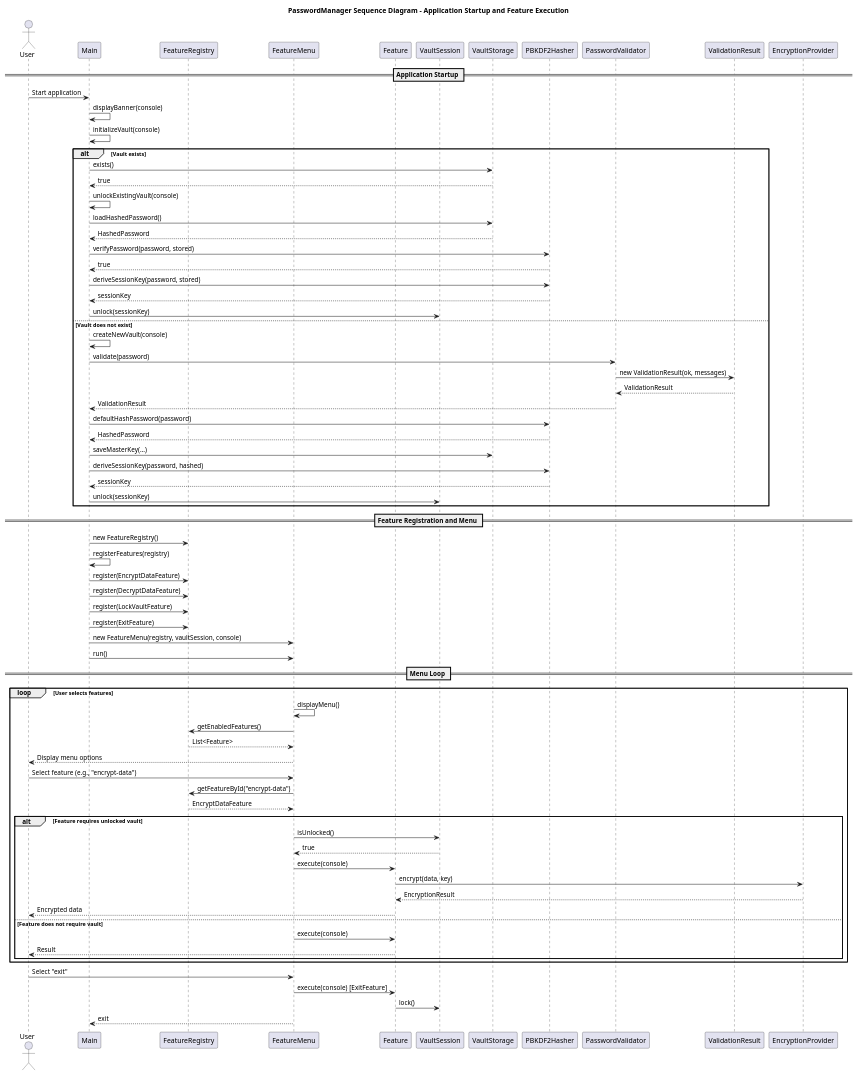
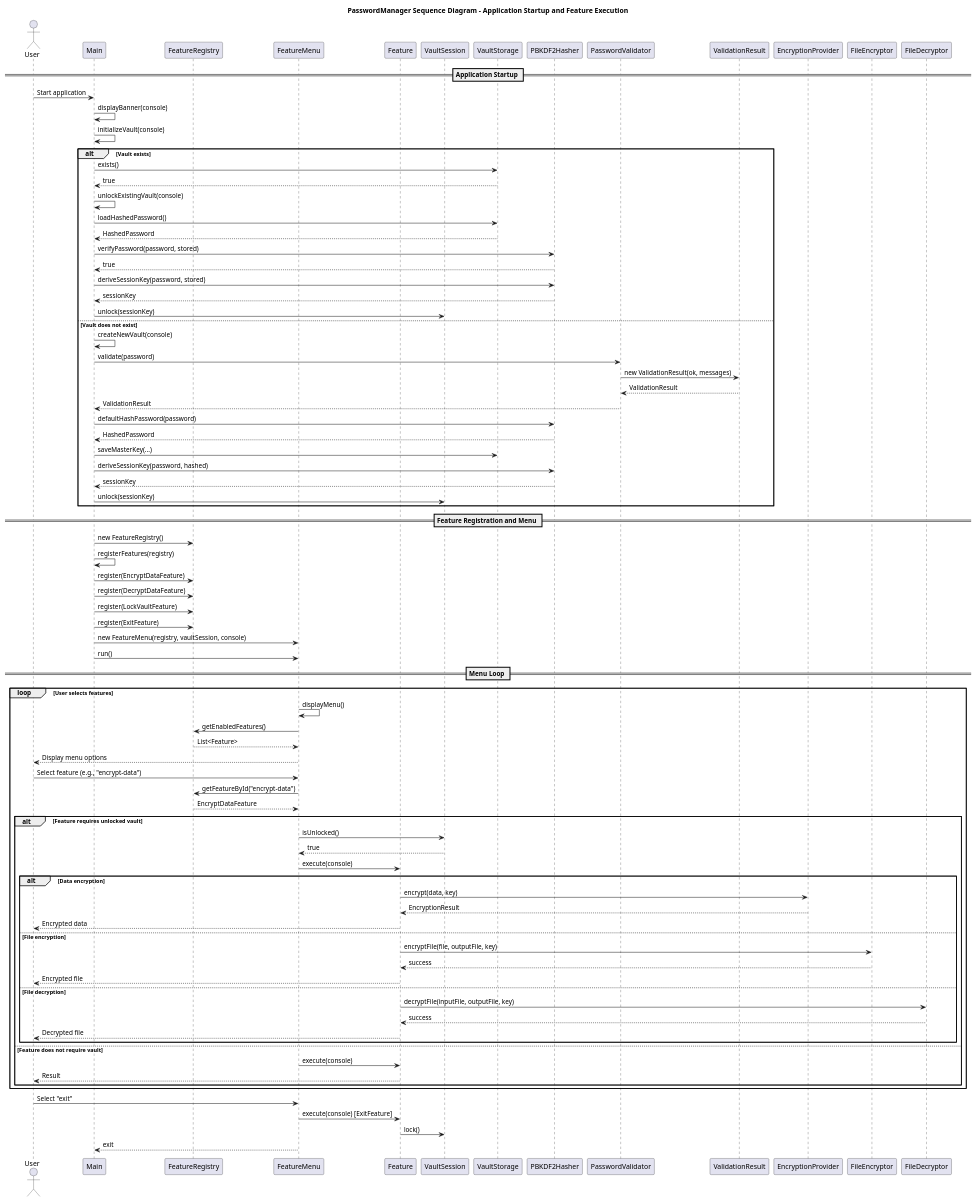
The diagram in documentation/UML diagrams/Sequence diagram.plantuml (Othmaneelmo/PasswordManager), drawn with PlantUML before and after one commit.

Commit message:
update Sequence diagram

```diff
--- a/documentation/UML diagrams/Sequence diagram.plantuml
+++ b/documentation/UML diagrams/Sequence diagram.plantuml
@@ -1,87 +1,97 @@
 @startuml Sequence Diagram
 
 title PasswordManager Sequence Diagram - Application Startup and Feature Execution
 
 actor User
 participant Main
 participant FeatureRegistry
 participant FeatureMenu
 participant Feature
 participant VaultSession
 participant VaultStorage
 participant PBKDF2Hasher
 participant PasswordValidator
 participant ValidationResult
 participant EncryptionProvider
 
 == Application Startup ==
 User -> Main: Start application
 Main -> Main: displayBanner(console)
 Main -> Main: initializeVault(console)
 
 alt Vault exists
     Main -> VaultStorage: exists()
     VaultStorage --> Main: true
     Main -> Main: unlockExistingVault(console)
     Main -> VaultStorage: loadHashedPassword()
     VaultStorage --> Main: HashedPassword
     Main -> PBKDF2Hasher: verifyPassword(password, stored)
     PBKDF2Hasher --> Main: true
     Main -> PBKDF2Hasher: deriveSessionKey(password, stored)
     PBKDF2Hasher --> Main: sessionKey
     Main -> VaultSession: unlock(sessionKey)
 else Vault does not exist
     Main -> Main: createNewVault(console)
     Main -> PasswordValidator: validate(password)
     PasswordValidator -> ValidationResult: new ValidationResult(ok, messages)
     ValidationResult --> PasswordValidator: ValidationResult
     PasswordValidator --> Main: ValidationResult
     Main -> PBKDF2Hasher: defaultHashPassword(password)
     PBKDF2Hasher --> Main: HashedPassword
     Main -> VaultStorage: saveMasterKey(...)
     Main -> PBKDF2Hasher: deriveSessionKey(password, hashed)
     PBKDF2Hasher --> Main: sessionKey
     Main -> VaultSession: unlock(sessionKey)
 end
 
 == Feature Registration and Menu ==
 Main -> FeatureRegistry: new FeatureRegistry()
 Main -> Main: registerFeatures(registry)
 Main -> FeatureRegistry: register(EncryptDataFeature)
 Main -> FeatureRegistry: register(DecryptDataFeature)
 Main -> FeatureRegistry: register(LockVaultFeature)
 Main -> FeatureRegistry: register(ExitFeature)
 
 Main -> FeatureMenu: new FeatureMenu(registry, vaultSession, console)
 Main -> FeatureMenu: run()
 
 == Menu Loop ==
 loop User selects features
     FeatureMenu -> FeatureMenu: displayMenu()
     FeatureMenu -> FeatureRegistry: getEnabledFeatures()
     FeatureRegistry --> FeatureMenu: List<Feature>
     FeatureMenu --> User: Display menu options
 
     User -> FeatureMenu: Select feature (e.g., "encrypt-data")
     FeatureMenu -> FeatureRegistry: getFeatureById("encrypt-data")
     FeatureRegistry --> FeatureMenu: EncryptDataFeature
 
     alt Feature requires unlocked vault
         FeatureMenu -> VaultSession: isUnlocked()
         VaultSession --> FeatureMenu: true
         FeatureMenu -> Feature: execute(console)
-        Feature -> EncryptionProvider: encrypt(data, key)
-        EncryptionProvider --> Feature: EncryptionResult
-        Feature --> User: Encrypted data
+        alt Data encryption
+            Feature -> EncryptionProvider: encrypt(data, key)
+            EncryptionProvider --> Feature: EncryptionResult
+            Feature --> User: Encrypted data
+        else File encryption
+            Feature -> FileEncryptor: encryptFile(file, outputFile, key)
+            FileEncryptor --> Feature: success
+            Feature --> User: Encrypted file
+        else File decryption
+            Feature -> FileDecryptor: decryptFile(inputFile, outputFile, key)
+            FileDecryptor --> Feature: success
+            Feature --> User: Decrypted file
+        end
     else Feature does not require vault
         FeatureMenu -> Feature: execute(console)
         Feature --> User: Result
     end
 end
 
 User -> FeatureMenu: Select "exit"
 FeatureMenu -> Feature: execute(console) [ExitFeature]
 Feature -> VaultSession: lock()
 FeatureMenu --> Main: exit
 
 @enduml
```
